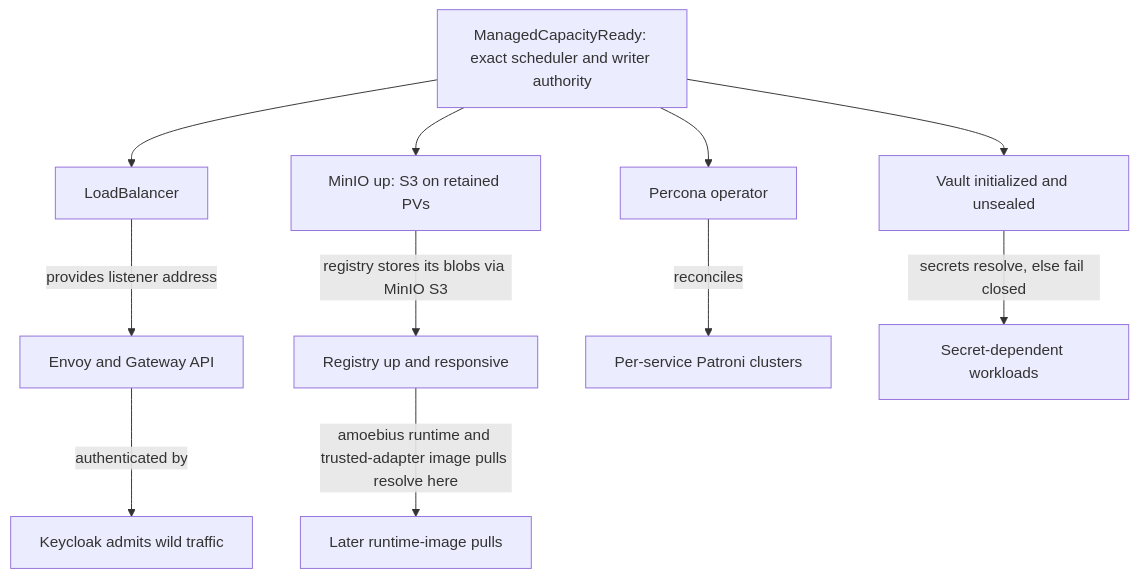
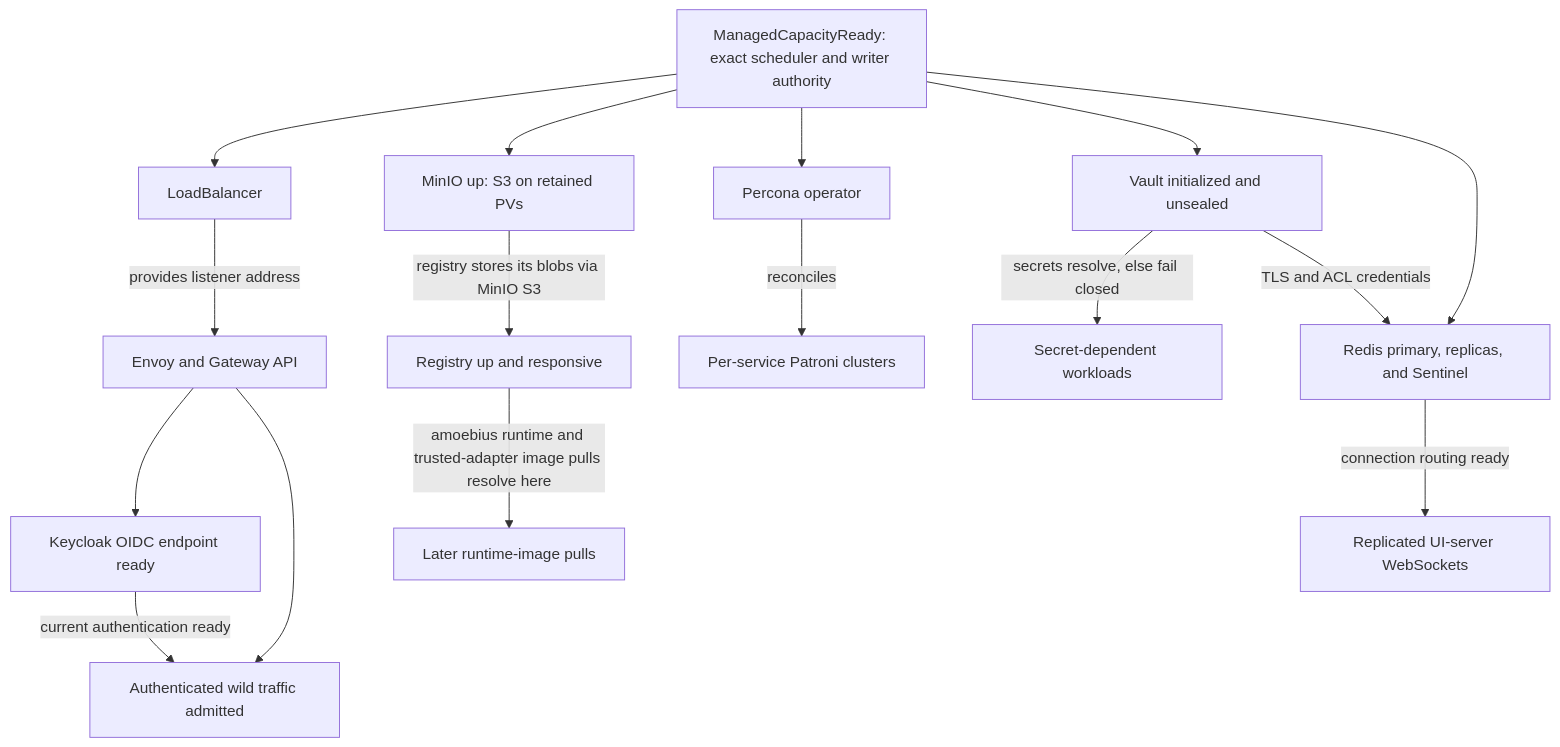
Before and after one commit to Tuee22/amoebius: the second of 2 diagrams in documents/engineering/platform_services_doctrine.md, drawn with Mermaid. The commit also changed other lines of this file and 49 other files, not shown here.

````diff
--- a/documents/engineering/platform_services_doctrine.md
+++ b/documents/engineering/platform_services_doctrine.md
@@ -489,13 +509,18 @@
 ```mermaid
 flowchart TD
   scheduler[ManagedCapacityReady: exact scheduler and writer authority] --> lb[LoadBalancer]
   scheduler --> minio[MinIO up: S3 on retained PVs]
   scheduler --> operator[Percona operator]
   scheduler --> vault[Vault initialized and unsealed]
+  scheduler --> redis[Redis primary, replicas, and Sentinel]
   lb -->|provides listener address| edge[Envoy and Gateway API]
   minio -->|registry stores its blobs via MinIO S3| reg[Registry up and responsive]
   reg -->|amoebius runtime and trusted-adapter image pulls resolve here| apppulls[Later runtime-image pulls]
   operator -->|reconciles| pg[Per-service Patroni clusters]
   vault -->|secrets resolve, else fail closed| secretdeps[Secret-dependent workloads]
-  edge -->|authenticated by| keycloak[Keycloak admits wild traffic]
+  vault -->|TLS and ACL credentials| redis
+  redis -->|connection routing ready| uiserver[Replicated UI-server WebSockets]
+  edge --> keycloak[Keycloak OIDC endpoint ready]
+  edge --> admitted[Authenticated wild traffic admitted]
+  keycloak -->|current authentication ready| admitted
 ```
````
